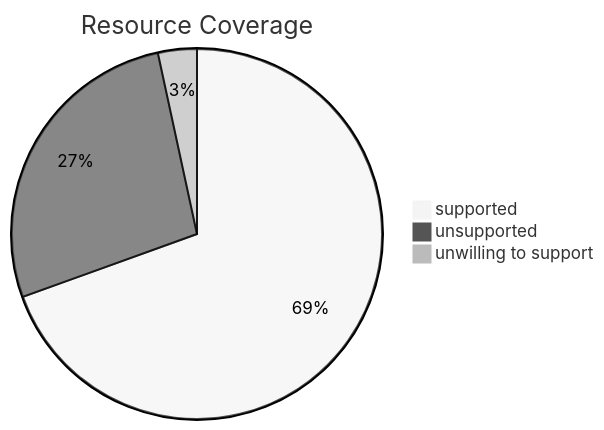
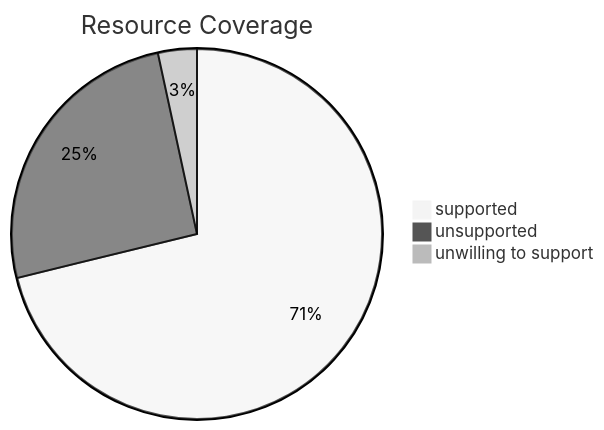
Before and after one commit to lassoColombo/nuke: the diagram in README.md, drawn with Mermaid (neutral theme). The commit also changed other lines of this file, not shown here.

````diff
--- a/README.md
+++ b/README.md
@@ -153,7 +153,7 @@
 ```mermaid
 pie title Resource Coverage
-    "supported" : 41
-    "unsupported" : 16
+    "supported" : 42
+    "unsupported" : 15
     "unwilling to support" : 2
 
 ```
````
